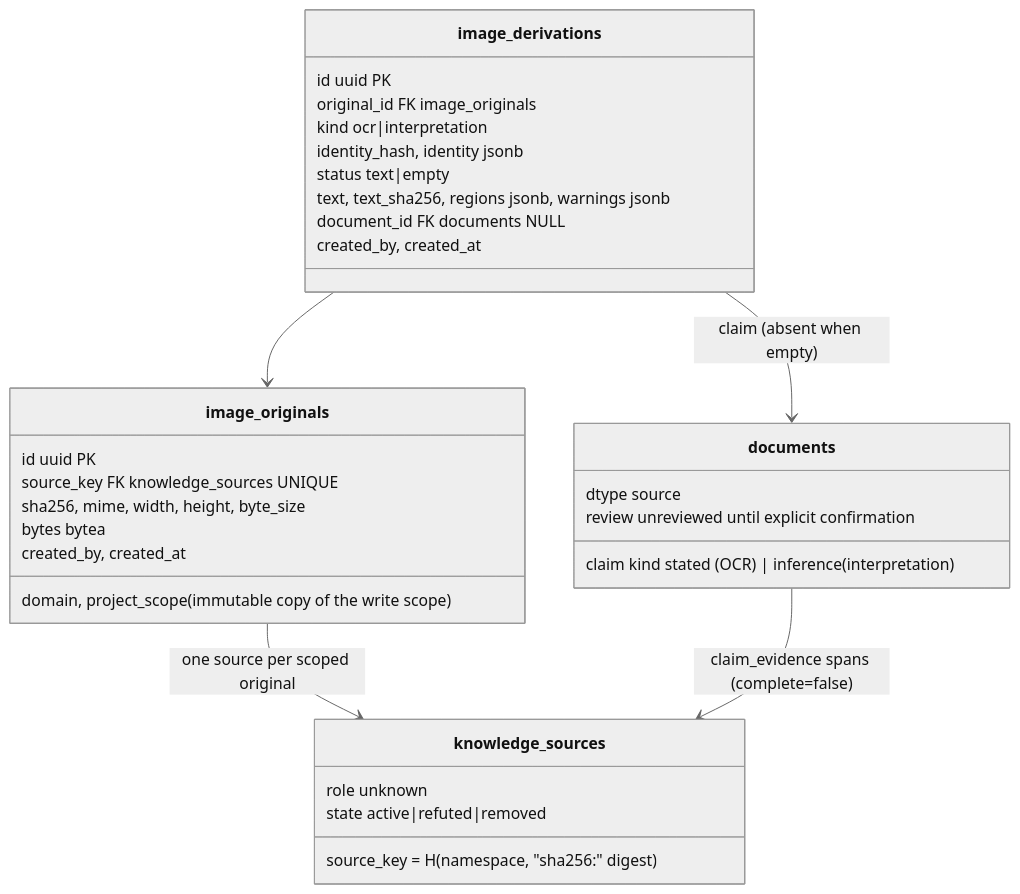
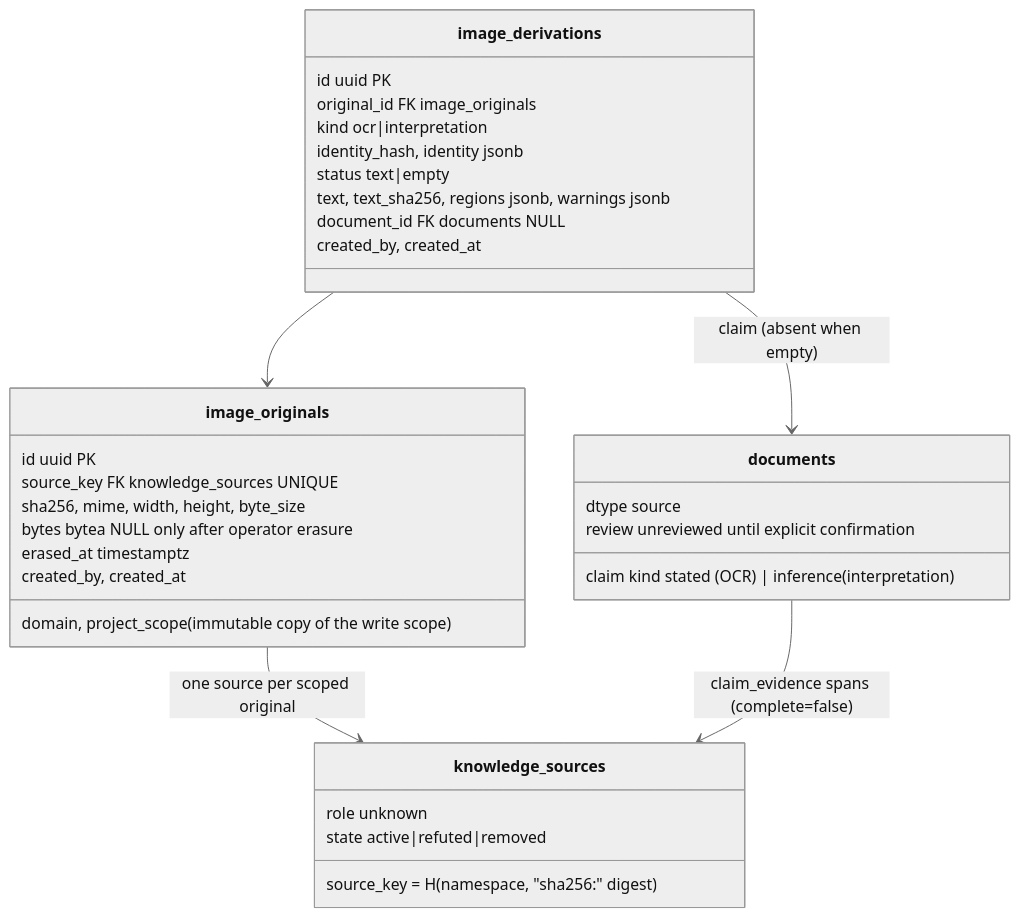
Before and after one commit to phense/agentic-rag: the first of 3 diagrams in docs/uml/image-ingestion-70.md, drawn with Mermaid (neutral theme). The commit also changed other lines of this file and 17 other files, not shown here.

````diff
--- a/docs/uml/image-ingestion-70.md
+++ b/docs/uml/image-ingestion-70.md
@@ -12,35 +12,36 @@
 ```mermaid
 classDiagram
     class image_originals {
       id uuid PK
       source_key FK knowledge_sources UNIQUE
       domain, project_scope (immutable copy of the write scope)
       sha256, mime, width, height, byte_size
-      bytes bytea
+      bytes bytea NULL only after operator erasure
+      erased_at timestamptz
       created_by, created_at
     }
     class image_derivations {
       id uuid PK
       original_id FK image_originals
       kind ocr|interpretation
       identity_hash, identity jsonb
       status text|empty
       text, text_sha256, regions jsonb, warnings jsonb
       document_id FK documents NULL
       created_by, created_at
     }
     class knowledge_sources {
       source_key = H(namespace, "sha256:" digest)
       role unknown
       state active|refuted|removed
     }
     class documents {
       dtype source
       claim kind stated (OCR) | inference (interpretation)
       review unreviewed until explicit confirmation
     }
     image_originals --> knowledge_sources : one source per scoped original
     image_derivations --> image_originals
     image_derivations --> documents : claim (absent when empty)
     documents --> knowledge_sources : claim_evidence spans (complete=false)
 ```
````
